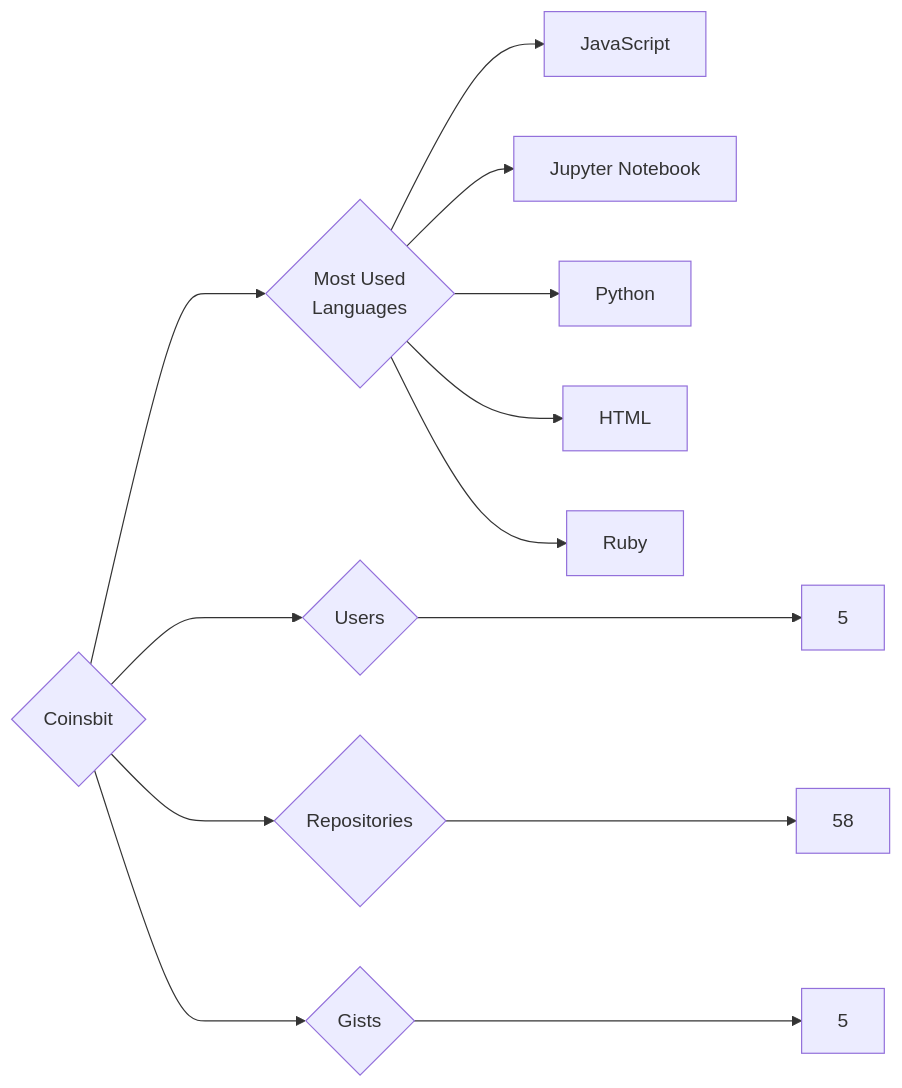
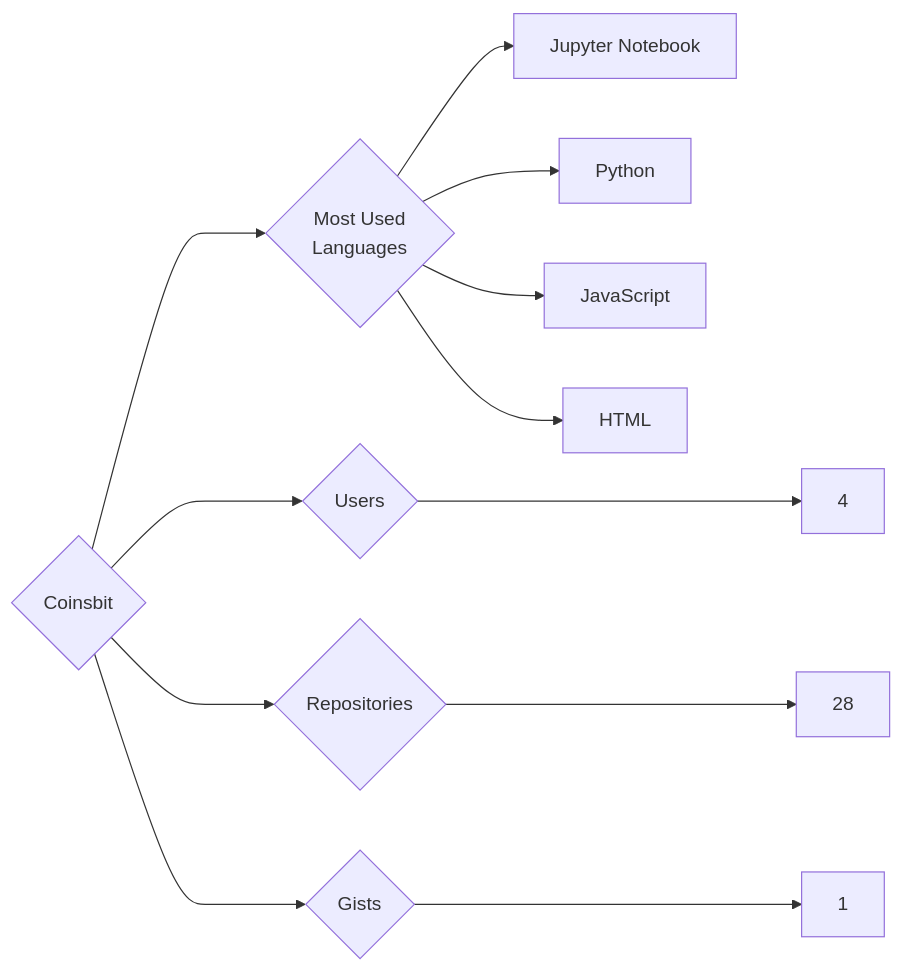
One commit to trickest/insiders changed the diagram in targets/Coinsbit/README.md. Above: the diagram before and after it, drawn with Mermaid. The commit also changed 1055 other files, not shown here.

````diff
--- a/targets/Coinsbit/README.md
+++ b/targets/Coinsbit/README.md
@@ -3,13 +3,12 @@
 ```mermaid
 graph LR
 COMPANY_NAME{Coinsbit}
-COMPANY_NAME ---> U{Users} ---> UN[5]
-COMPANY_NAME ---> R{Repositories} ---> RN[58]
-COMPANY_NAME ---> G{Gists} ---> GN[5]
+COMPANY_NAME ---> U{Users} ---> UN[4]
+COMPANY_NAME ---> R{Repositories} ---> RN[28]
+COMPANY_NAME ---> G{Gists} ---> GN[1]
 COMPANY_NAME ---> ML{Most Used<br>Languages}
-ML --> JavaScript[JavaScript]
 ML --> Jupyter_Notebook[Jupyter Notebook]
 ML --> Python[Python]
+ML --> JavaScript[JavaScript]
 ML --> HTML[HTML]
-ML --> Ruby[Ruby]
 ```
````
